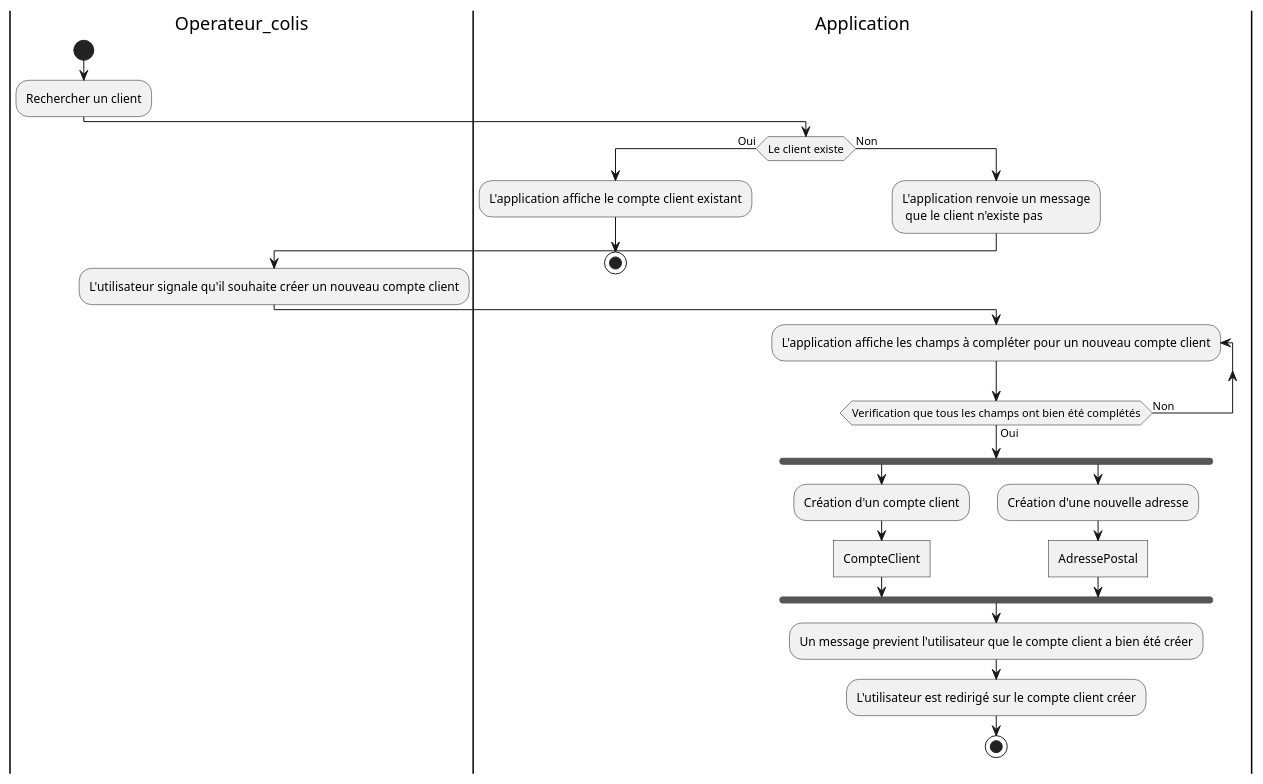
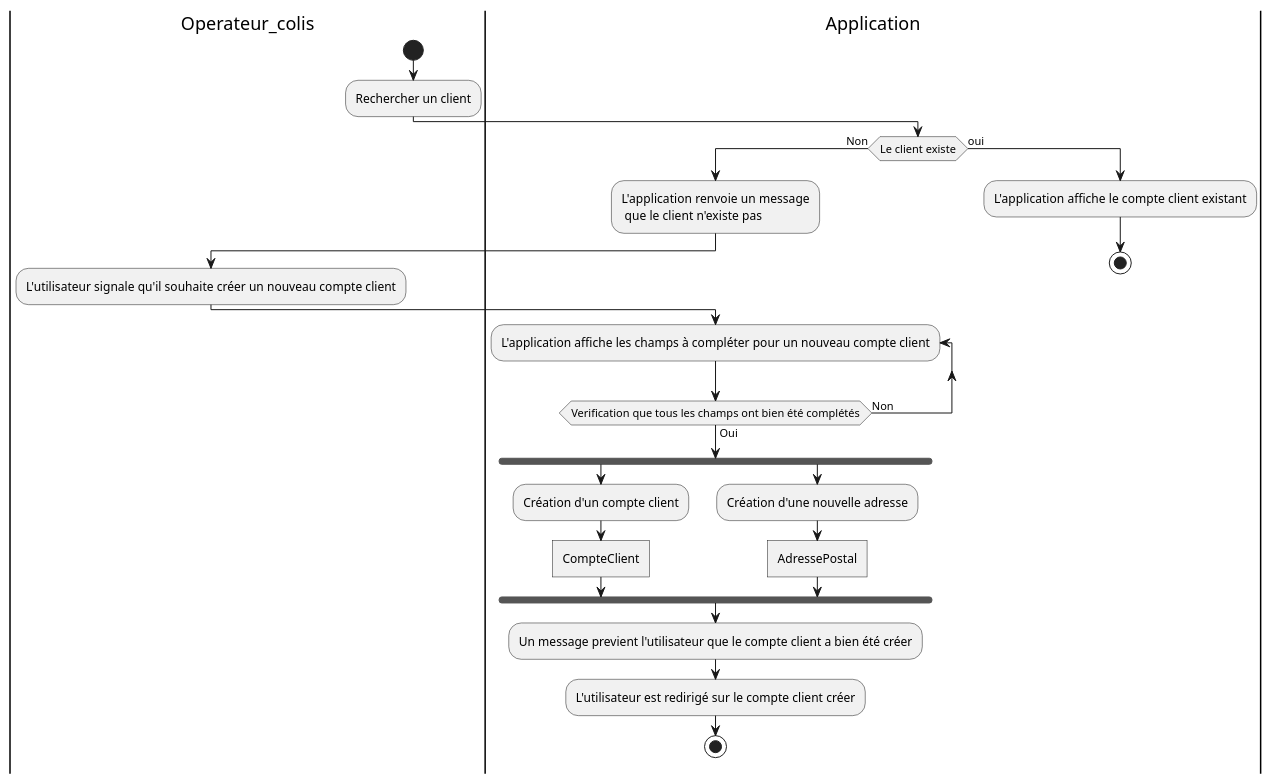
One commit to Bluwen/Conception_d_une_application_informatique changed the diagram in Cas_activite/DA_Creation_Compte_Client.puml. Above: the diagram before and after it, drawn with PlantUML.

Commit message:
Amelioration DA

```diff
--- a/Cas_activite/DA_Creation_Compte_Client.puml
+++ b/Cas_activite/DA_Creation_Compte_Client.puml
@@ -1,32 +1,34 @@
 @startuml création compte client da
 |Operateur_colis|
 start
 
 
 :Rechercher un client;
 |Application|
-if (Le client existe) then (Oui)
+if (Le client existe) then (Non)
+    :L'application renvoie un message\n que le client n'existe pas;
+    |Operateur_colis|
+    :L'utilisateur signale qu'il souhaite créer un nouveau compte client;
+    |Application|
+    repeat :L'application affiche les champs à compléter pour un nouveau compte client;
+    repeat while (Verification que tous les champs ont bien été complétés) is (Non) not (Oui)
+
+    fork
+        :Création d'un compte client;
+        :CompteClient]
+
+    fork again
+        :Création d'une nouvelle adresse;
+        :AdressePostal]
+    end fork
+    :Un message previent l'utilisateur que le compte client a bien été créer;
+    :L'utilisateur est redirigé sur le compte client créer;
+
+    stop
+
+else (oui)
     :L'application affiche le compte client existant;
     stop
-else (Non)
-    :L'application renvoie un message\n que le client n'existe pas;
 
-|Operateur_colis|
-:L'utilisateur signale qu'il souhaite créer un nouveau compte client;
-|Application|
-repeat :L'application affiche les champs à compléter pour un nouveau compte client;
-repeat while (Verification que tous les champs ont bien été complétés) is (Non) not (Oui)
 
-fork
-    :Création d'un compte client;
-    :CompteClient]
-
-fork again
-    :Création d'une nouvelle adresse;
-    :AdressePostal]
-end fork
-:Un message previent l'utilisateur que le compte client a bien été créer;
-:L'utilisateur est redirigé sur le compte client créer;
-
-stop
 @enduml
```
